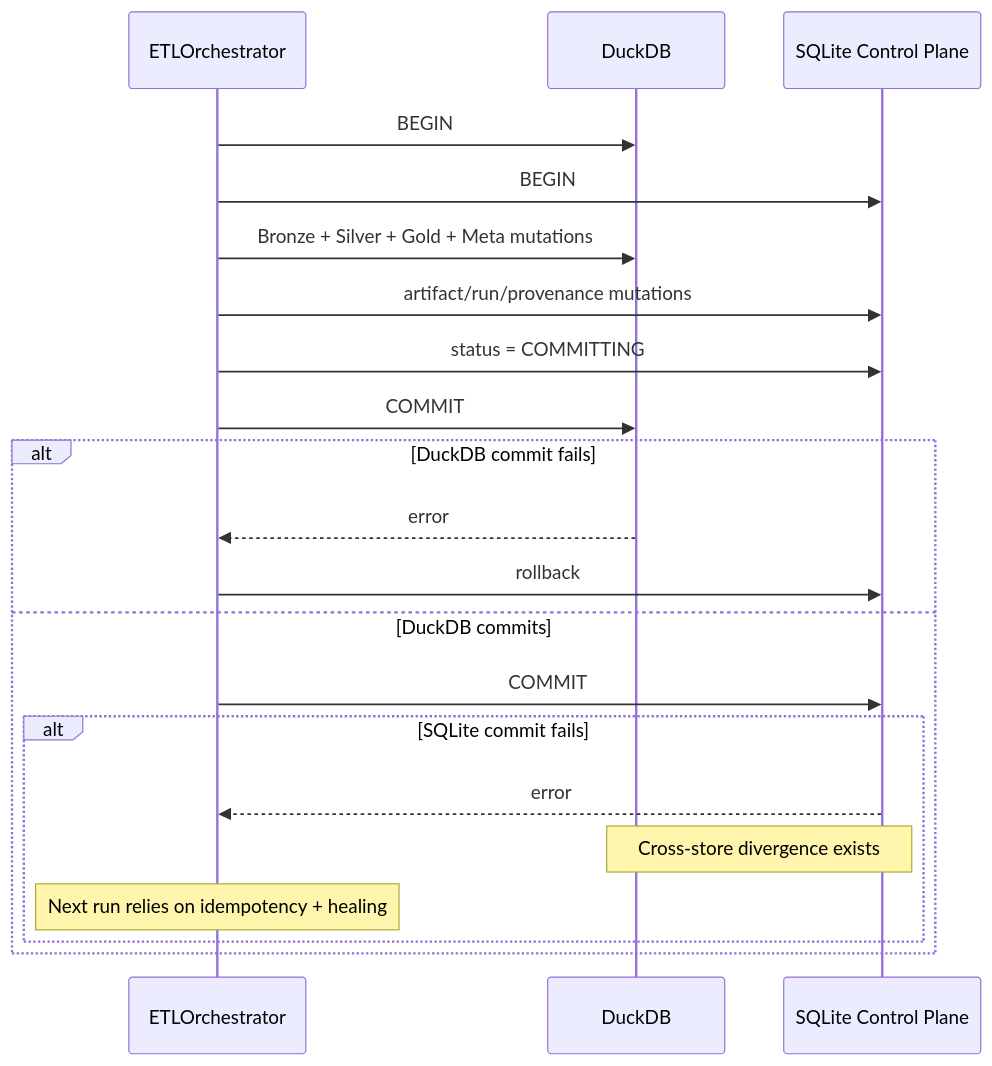
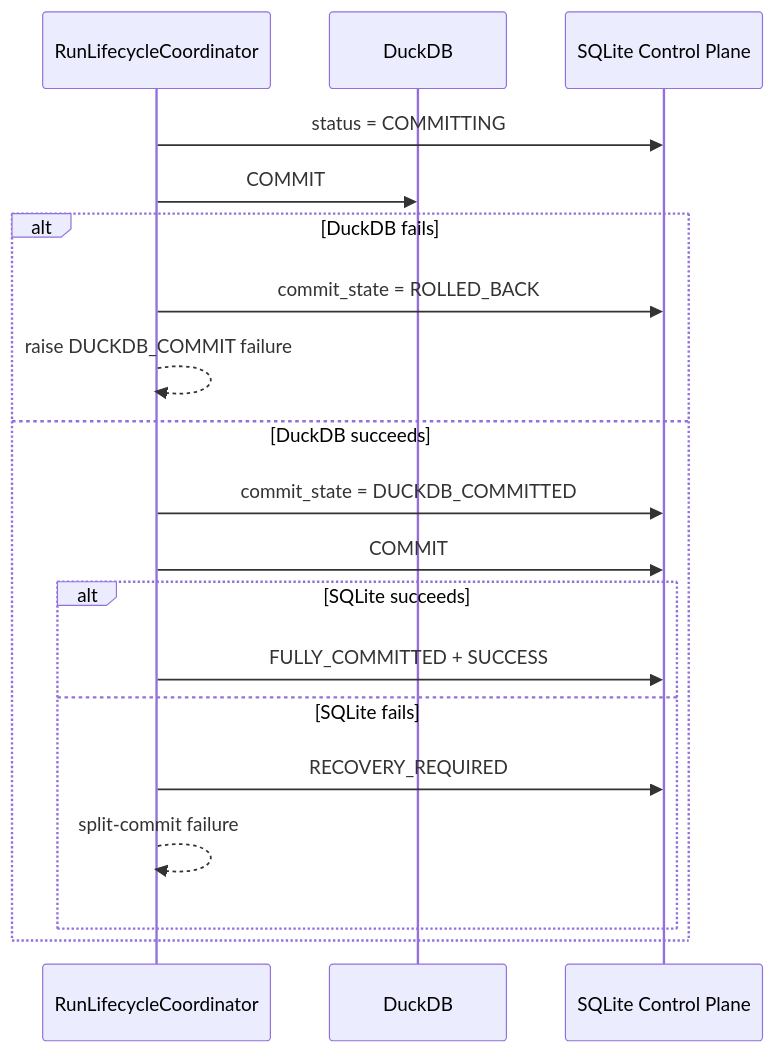
One commit to tks18/personal-finance-etl changed the third of 7 diagrams in docs/architecture/reliability-and-recovery.md. Above: the diagram before and after it, drawn with Mermaid. The commit also changed other lines of this file and 10 other files, not shown here.

Commit message:
docs: update docs/architecture for latest version

````diff
--- a/docs/architecture/reliability-and-recovery.md
+++ b/docs/architecture/reliability-and-recovery.md
@@ -136,24 +147,22 @@
 ```mermaid
 sequenceDiagram
-    participant P as ETLOrchestrator
+    participant L as RunLifecycleCoordinator
     participant D as DuckDB
-    participant S as SQLite Control Plane
+    participant C as SQLite Control Plane
 
-    P->>D: BEGIN
-    P->>S: BEGIN
-    P->>D: Bronze + Silver + Gold + Meta mutations
-    P->>S: artifact/run/provenance mutations
-    P->>S: status = COMMITTING
-    P->>D: COMMIT
-    alt DuckDB commit fails
-        D-->>P: error
-        P->>S: rollback
-    else DuckDB commits
-        P->>S: COMMIT
-        alt SQLite commit fails
-            S-->>P: error
-            Note over D,S: Cross-store divergence exists
-            Note over P: Next run relies on idempotency + healing
+    L->>C: status = COMMITTING
+    L->>D: COMMIT
+    alt DuckDB fails
+        L->>C: commit_state = ROLLED_BACK
+        L-->>L: raise DUCKDB_COMMIT failure
+    else DuckDB succeeds
+        L->>C: commit_state = DUCKDB_COMMITTED
+        L->>C: COMMIT
+        alt SQLite succeeds
+            L->>C: FULLY_COMMITTED + SUCCESS
+        else SQLite fails
+            L->>C: RECOVERY_REQUIRED
+            L-->>L: split-commit failure
         end
     end
 ```
````
